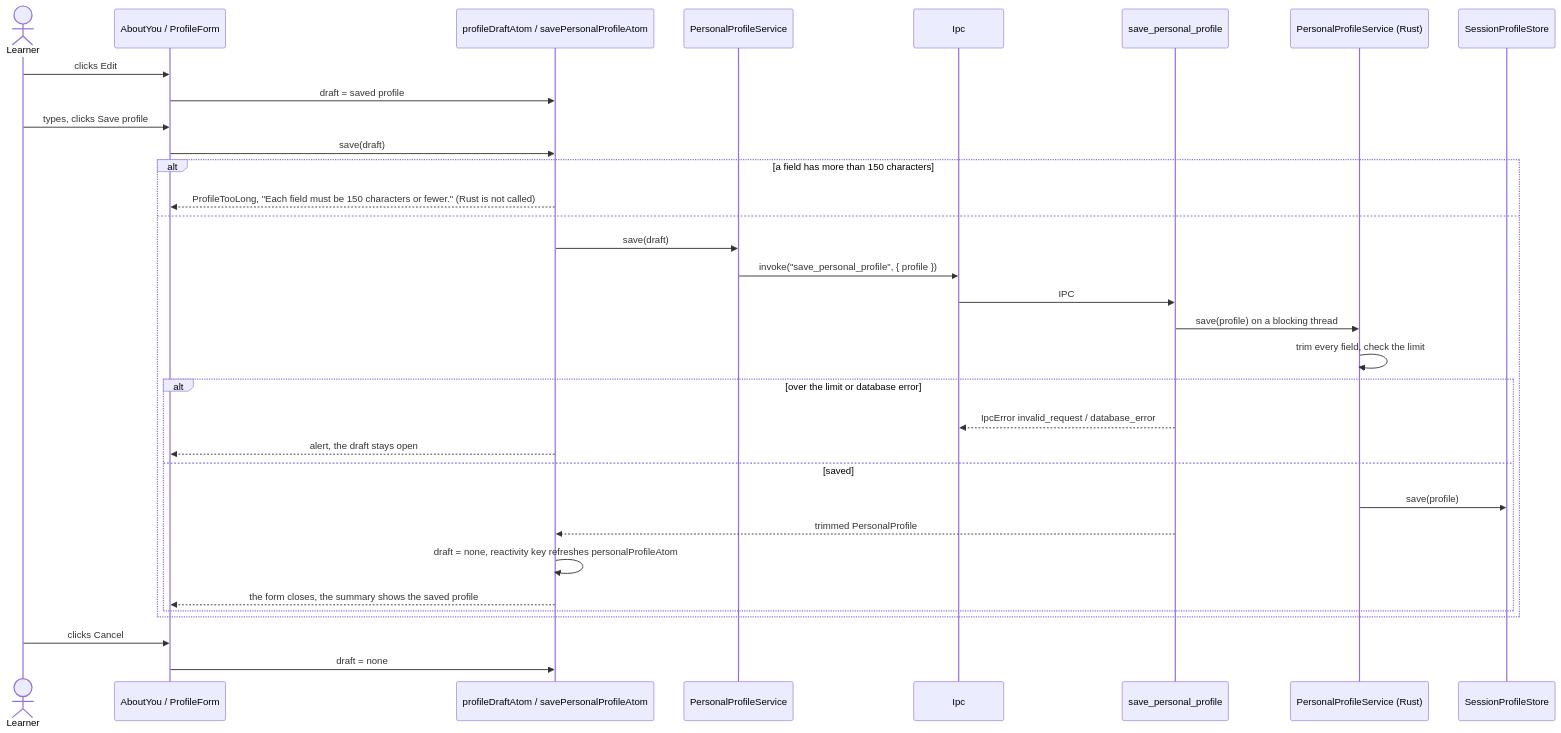
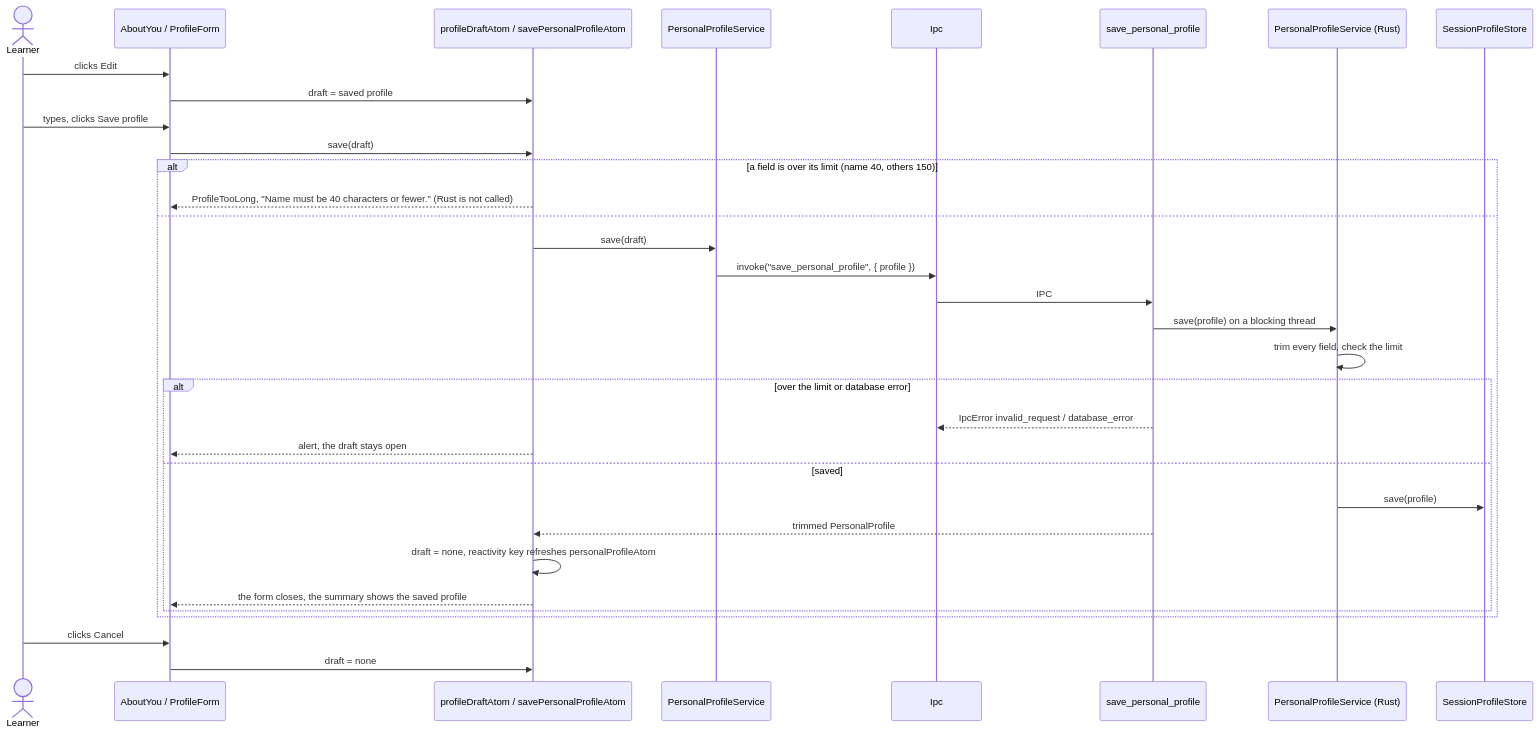
One commit to oleksii-latyshev/english-trainer changed the second of 2 diagrams in src/features/personal-profile/flow.md. Above: the diagram before and after it, drawn with Mermaid. The commit also changed other lines of this file and 62 other files, not shown here.

First line of the commit message:
feat(ui): Start greets the learner by name and offers a No limit session (#127)

````diff
--- a/src/features/personal-profile/flow.md
+++ b/src/features/personal-profile/flow.md
@@ -39,36 +39,36 @@
 ```mermaid
 sequenceDiagram
     actor Learner
     participant Component as AboutYou / ProfileForm
     participant Atoms as profileDraftAtom / savePersonalProfileAtom
     participant Service as PersonalProfileService
     participant Ipc
     participant Command as save_personal_profile
     participant Rust as PersonalProfileService (Rust)
     participant Store as SessionProfileStore
 
     Learner->>Component: clicks Edit
     Component->>Atoms: draft = saved profile
     Learner->>Component: types, clicks Save profile
     Component->>Atoms: save(draft)
-    alt a field has more than 150 characters
-        Atoms-->>Component: ProfileTooLong, "Each field must be 150 characters or fewer." (Rust is not called)
+    alt a field is over its limit (name 40, others 150)
+        Atoms-->>Component: ProfileTooLong, "Name must be 40 characters or fewer." (Rust is not called)
     else
         Atoms->>Service: save(draft)
         Service->>Ipc: invoke("save_personal_profile", { profile })
         Ipc->>Command: IPC
         Command->>Rust: save(profile) on a blocking thread
         Rust->>Rust: trim every field, check the limit
         alt over the limit or database error
             Command-->>Ipc: IpcError invalid_request / database_error
             Atoms-->>Component: alert, the draft stays open
         else saved
             Rust->>Store: save(profile)
             Command-->>Atoms: trimmed PersonalProfile
             Atoms->>Atoms: draft = none, reactivity key refreshes personalProfileAtom
             Atoms-->>Component: the form closes, the summary shows the saved profile
         end
     end
     Learner->>Component: clicks Cancel
     Component->>Atoms: draft = none
 ```
````
